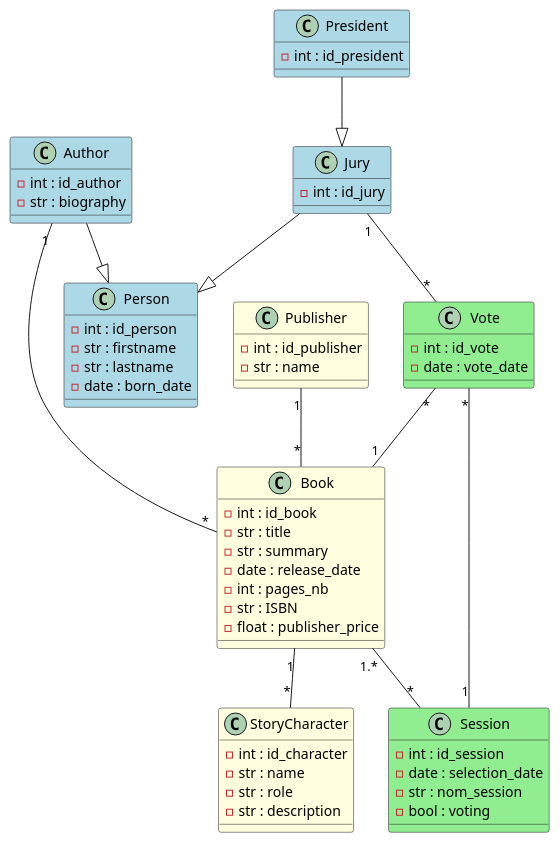
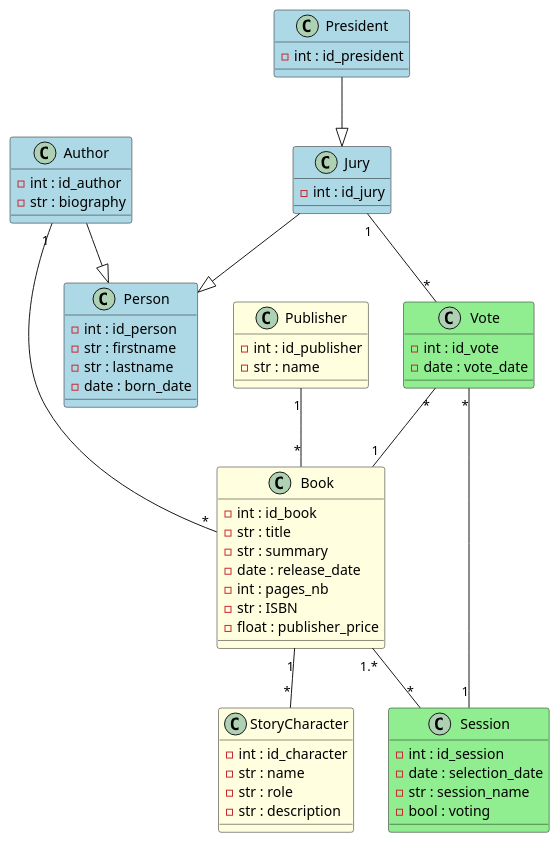
The diagram in docs/class.puml (rdpt03/FMS-PY-GONCOURT-EVAL-R), drawn with PlantUML before and after one commit. The commit also changed 1 other file, not shown here.

Commit message:
rename session_name in Session to english

```diff
--- a/docs/class.puml
+++ b/docs/class.puml
@@ -1,77 +1,77 @@
 @startuml
 'https://plantuml.com/class-diagram
 top to bottom direction
 
 
 class Person #LightBlue{
     -int : id_person
     -str : firstname
     -str : lastname
     -date : born_date
 }
 
 class Jury #LightBlue{
     -int : id_jury
 }
 
 class President #LightBlue{
     -int : id_president
 }
 
 class Author #LightBlue{
     -int : id_author
     -str : biography
 }
 
 class Book #LightYellow{
     -int : id_book
     -str : title
     -str : summary
     -date : release_date
     -int : pages_nb
     -str : ISBN
     -float : publisher_price
 
 }
 
 class Session #LightGreen{
     -int : id_session
     -date : selection_date
-    -str : nom_session
+    -str : session_name
     -bool : voting
 }
 
 class StoryCharacter #LightYellow{
     -int : id_character
     -str : name
     -str : role
     -str : description
 }
 
 class Publisher #LightYellow{
     -int : id_publisher
     -str : name
 }
 
 class Vote #LightGreen{
     -int : id_vote
     -date : vote_date
 }
 
 'heritage
 Jury --|> Person
 Author --|> Person
 President --|> Jury
 
 'from vote
 Jury "1"--"*" Vote
 Session "1"--"*" Vote
 Vote "*" -- "1" Book
 
 'Livre
 Book "1.*"--"*" Session
 Author "1"--"*" Book
 Publisher "1"--"*" Book
 Book "1"--"*" StoryCharacter
 
 @enduml
```
